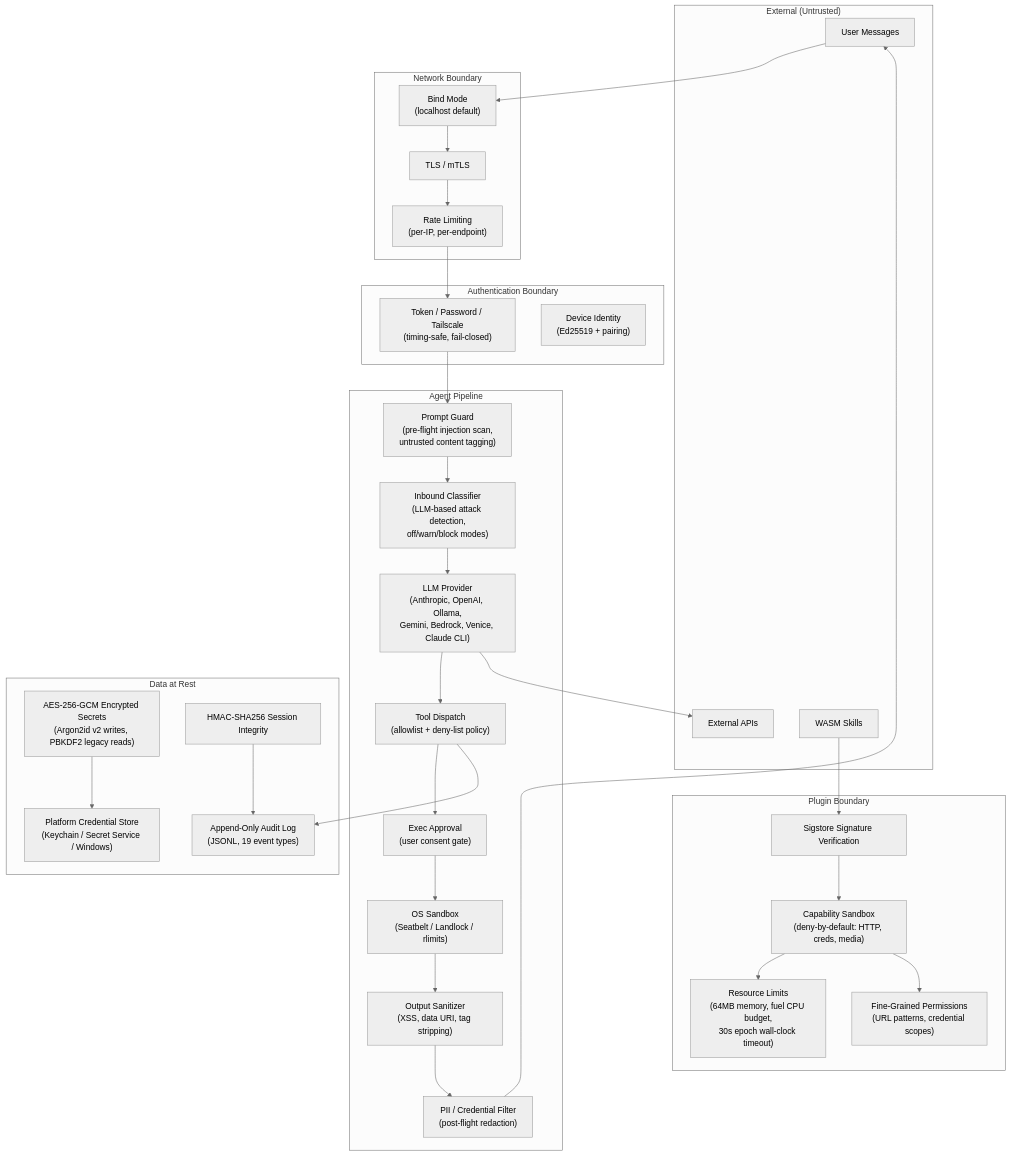
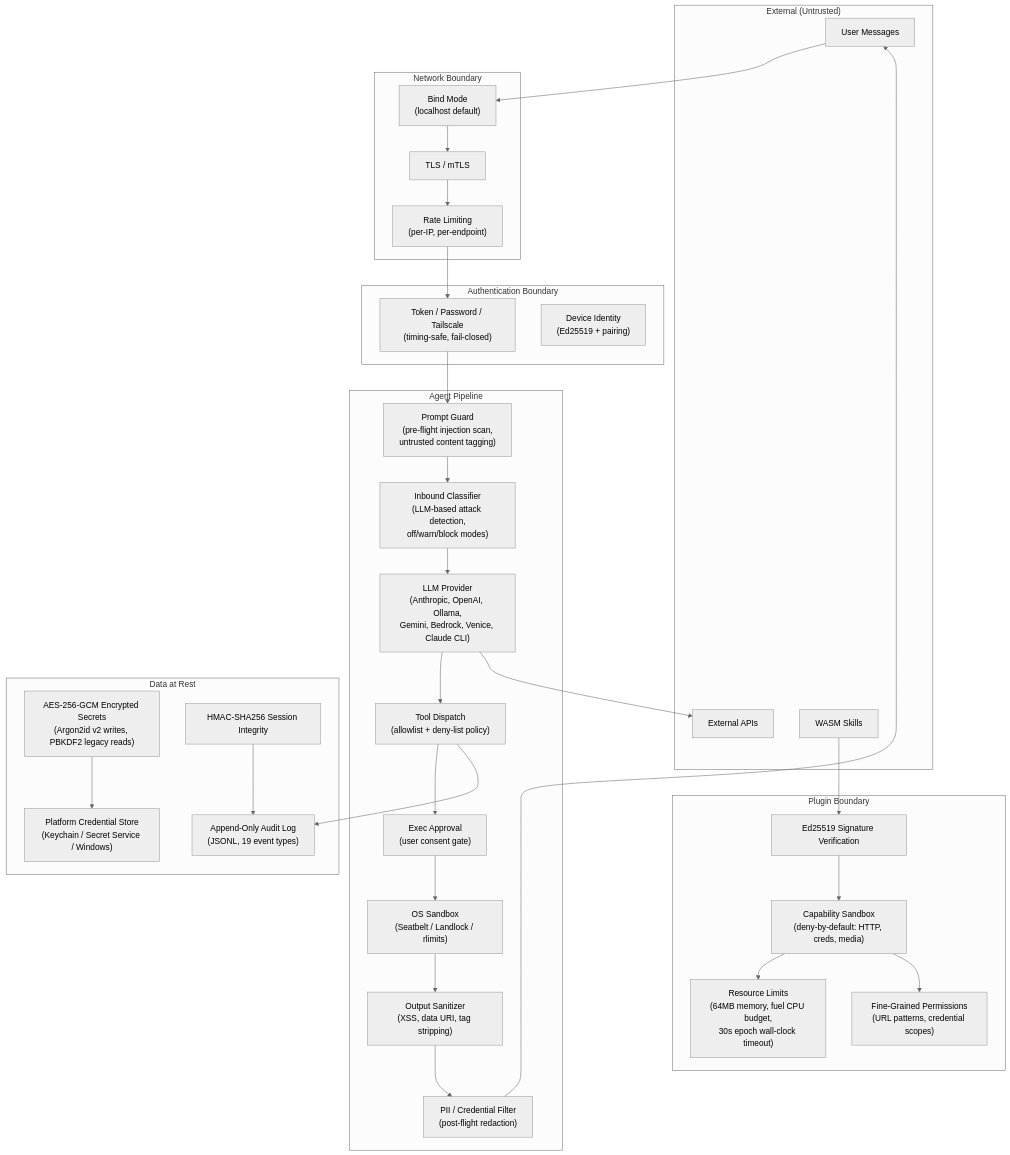
The diagram in docs/security.md (puremachinery/carapace), drawn with Mermaid (neutral theme) before and after one commit. The commit also changed 8 other files, not shown here.

````diff
--- a/docs/security.md
+++ b/docs/security.md
@@ -40,59 +40,59 @@
 ```mermaid
 graph TB
     subgraph "External (Untrusted)"
         User[User Messages]
         ExtAPI[External APIs]
         Skills[WASM Skills]
     end
 
     subgraph "Network Boundary"
         Bind["Bind Mode<br/>(localhost default)"]
         TLS["TLS / mTLS"]
         RateLimit["Rate Limiting<br/>(per-IP, per-endpoint)"]
     end
 
     subgraph "Authentication Boundary"
         Auth["Token / Password / Tailscale<br/>(timing-safe, fail-closed)"]
         DeviceAuth["Device Identity<br/>(Ed25519 + pairing)"]
     end
 
     subgraph "Agent Pipeline"
         PromptGuard["Prompt Guard<br/>(pre-flight injection scan,<br/>untrusted content tagging)"]
         Classifier["Inbound Classifier<br/>(LLM-based attack detection,<br/>off/warn/block modes)"]
         LLM["LLM Provider<br/>(Anthropic, OpenAI, Ollama,<br/>Gemini, Bedrock, Venice, Claude CLI)"]
         ToolDispatch["Tool Dispatch<br/>(allowlist + deny-list policy)"]
         ExecApproval["Exec Approval<br/>(user consent gate)"]
         Sandbox["OS Sandbox<br/>(Seatbelt / Landlock / rlimits)"]
         OutputCSP["Output Sanitizer<br/>(XSS, data URI, tag stripping)"]
         PIIFilter["PII / Credential Filter<br/>(post-flight redaction)"]
     end
 
     subgraph "Data at Rest"
         Secrets["AES-256-GCM Encrypted Secrets<br/>(Argon2id v2 writes, PBKDF2 legacy reads)"]
         Sessions["HMAC-SHA256 Session Integrity"]
         Audit["Append-Only Audit Log<br/>(JSONL, 19 event types)"]
         Keychain["Platform Credential Store<br/>(Keychain / Secret Service / Windows)"]
     end
 
     subgraph "Plugin Boundary"
-        PluginSig["Sigstore Signature Verification"]
+        PluginSig["Ed25519 Signature Verification"]
         PluginCaps["Capability Sandbox<br/>(deny-by-default: HTTP, creds, media)"]
         PluginRes["Resource Limits<br/>(64MB memory, fuel CPU budget,<br/>30s epoch wall-clock timeout)"]
         PluginPerms["Fine-Grained Permissions<br/>(URL patterns, credential scopes)"]
     end
 
     User --> Bind --> TLS --> RateLimit --> Auth
     Auth --> PromptGuard --> Classifier --> LLM
     LLM --> ToolDispatch --> ExecApproval --> Sandbox
     Sandbox --> OutputCSP --> PIIFilter
     PIIFilter --> User
 
     LLM --> ExtAPI
     ToolDispatch --> Audit
 
     Skills --> PluginSig --> PluginCaps --> PluginRes
     PluginCaps --> PluginPerms
 
     Secrets --> Keychain
     Sessions --> Audit
 ```
````
